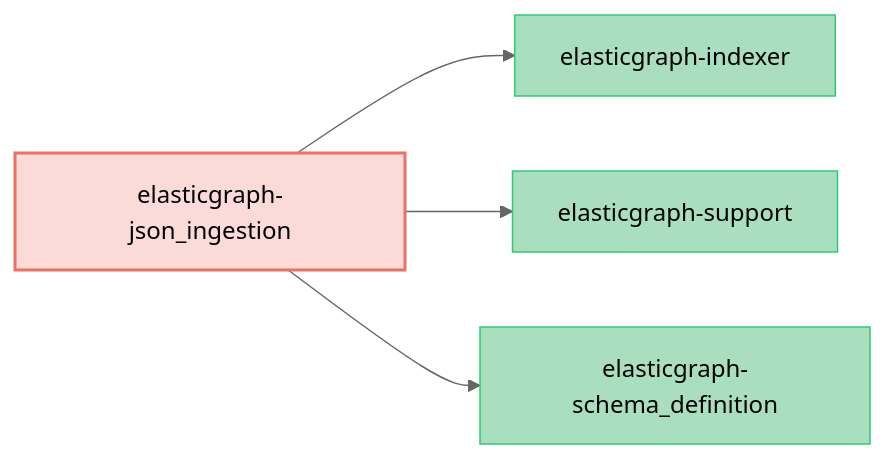
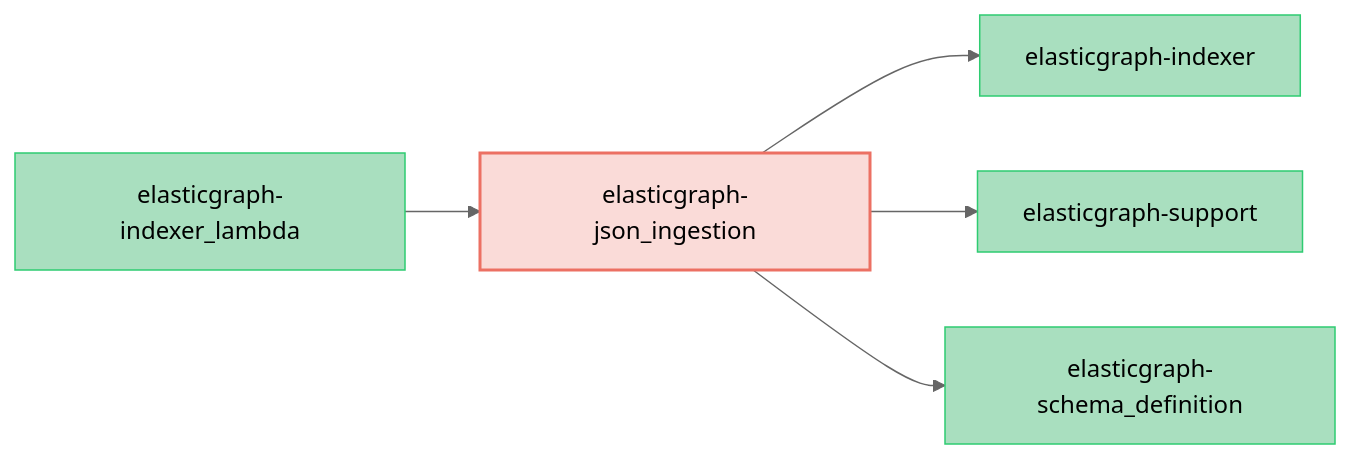
The diagram in elasticgraph-json_ingestion/README.md (block/elasticgraph), drawn with Mermaid (neutral theme) before and after one commit. The commit also changed other lines of this file and 23 other files, not shown here.

First line of the commit message:
Add a JSON-aware indexer wrapper (#1220)

````diff
--- a/elasticgraph-json_ingestion/README.md
+++ b/elasticgraph-json_ingestion/README.md
@@ -120,17 +146,20 @@
 ```mermaid
 graph LR;
     classDef targetGemStyle fill:#FADBD8,stroke:#EC7063,color:#000,stroke-width:2px;
     classDef otherEgGemStyle fill:#A9DFBF,stroke:#2ECC71,color:#000;
     classDef externalGemStyle fill:#E0EFFF,stroke:#70A1D7,color:#2980B9;
     elasticgraph-json_ingestion["elasticgraph-json_ingestion"];
     class elasticgraph-json_ingestion targetGemStyle;
     elasticgraph-indexer["elasticgraph-indexer"];
     elasticgraph-json_ingestion --> elasticgraph-indexer;
     class elasticgraph-indexer otherEgGemStyle;
     elasticgraph-support["elasticgraph-support"];
     elasticgraph-json_ingestion --> elasticgraph-support;
     class elasticgraph-support otherEgGemStyle;
     elasticgraph-schema_definition["elasticgraph-schema_definition"];
     elasticgraph-json_ingestion --> elasticgraph-schema_definition;
     class elasticgraph-schema_definition otherEgGemStyle;
+    elasticgraph-indexer_lambda["elasticgraph-indexer_lambda"];
+    elasticgraph-indexer_lambda --> elasticgraph-json_ingestion;
+    class elasticgraph-indexer_lambda otherEgGemStyle;
 ```
````
